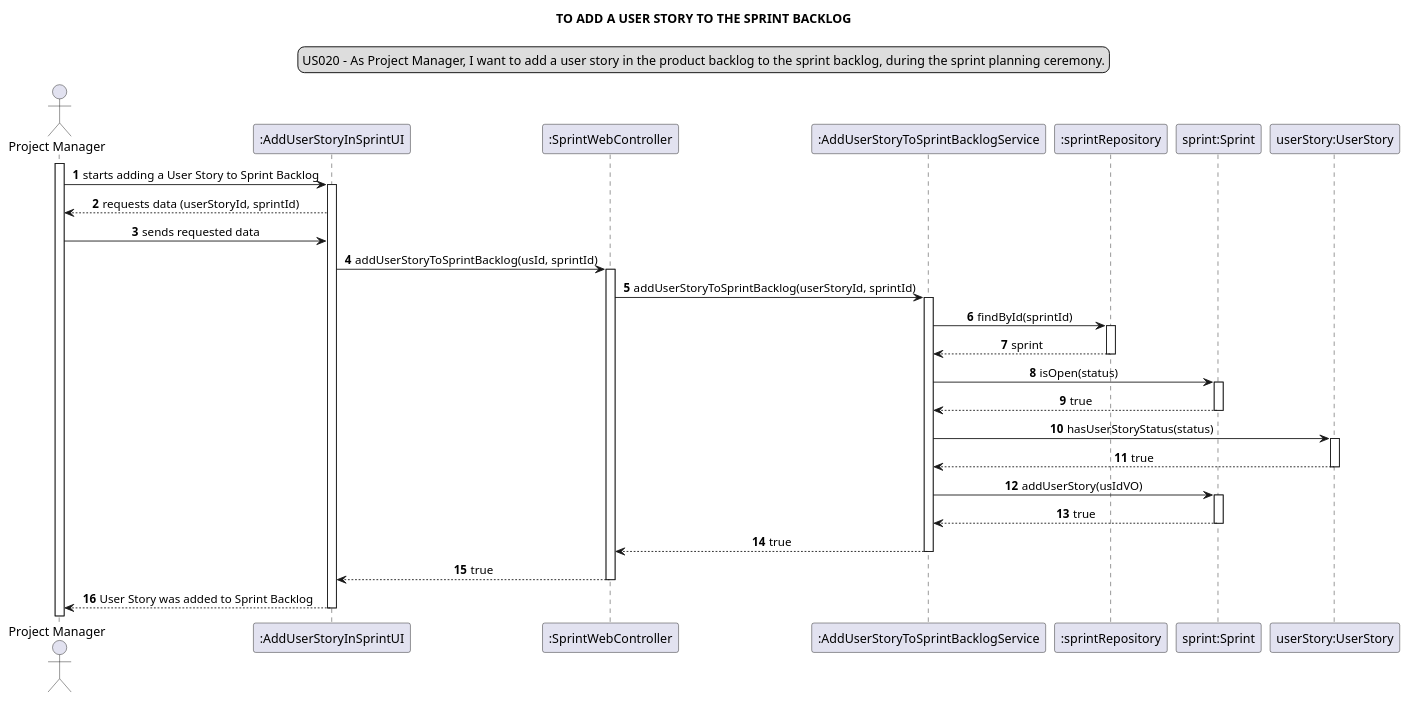
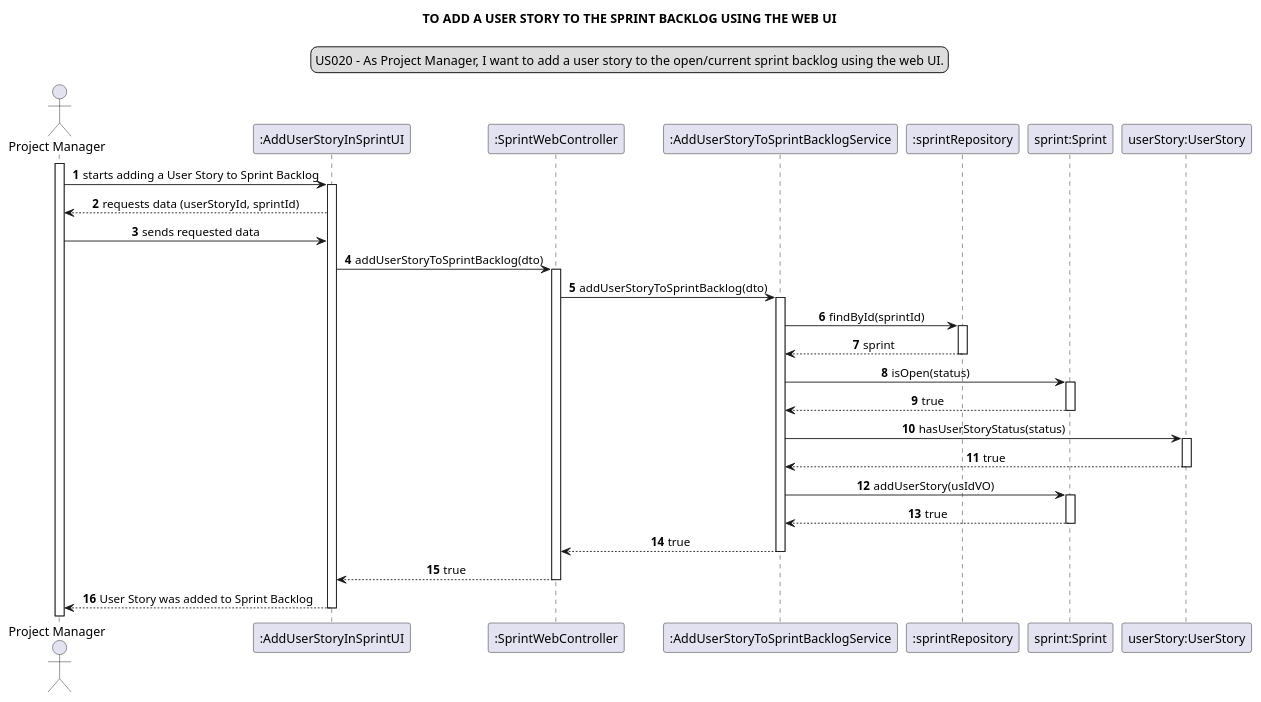
Before and after one commit to Loracline/project_switch_22-23: the diagram in docs/modelling_design/user_stories/sprint03/us020/US20_sequenceDiagram_ddd_sprintBacklog.puml, drawn with PlantUML. The commit also changed 2 other files, not shown here.

Commit message:
US 32:Analysis and Design: Correction of sequence and class diagram, added to general class diagram  addresses #644

```diff
--- a/docs/modelling_design/user_stories/sprint03/us020/US20_sequenceDiagram_ddd_sprintBacklog.puml
+++ b/docs/modelling_design/user_stories/sprint03/us020/US20_sequenceDiagram_ddd_sprintBacklog.puml
@@ -1,50 +1,50 @@
 @startuml
 skinparam sequenceMessageAlign center
-title TO ADD A USER STORY TO THE SPRINT BACKLOG
+title TO ADD A USER STORY TO THE SPRINT BACKLOG USING THE WEB UI
 legend top
-US020 - As Project Manager, I want to add a user story in the product backlog to the sprint backlog, during the sprint planning ceremony.
+US020 - As Project Manager, I want to add a user story to the open/current sprint backlog using the web UI.
 end legend
 autonumber
 actor "Project Manager"
 participant ":AddUserStoryInSprintUI" as ui
 participant ":SprintWebController" as ct
 participant ":AddUserStoryToSprintBacklogService" as serv
 participant ":sprintRepository" as sprintRep
 participant "sprint:Sprint" as s
 participant "userStory:UserStory" as us
 
 activate "Project Manager"
 
 "Project Manager"-> ui: starts adding a User Story to Sprint Backlog
 activate ui
 ui --> "Project Manager": requests data (userStoryId, sprintId)
 "Project Manager" -> ui: sends requested data
-ui -> ct: addUserStoryToSprintBacklog(usId, sprintId)
+ui -> ct: addUserStoryToSprintBacklog(dto)
 activate ct
-ct -> serv: addUserStoryToSprintBacklog(userStoryId, sprintId)
+ct -> serv: addUserStoryToSprintBacklog(dto)
 activate serv
 serv -> sprintRep: findById(sprintId)
 activate sprintRep
 sprintRep --> serv: sprint
 deactivate sprintRep
 serv -> s: isOpen(status)
 activate s
 s --> serv: true
 deactivate s
 
 serv -> us: hasUserStoryStatus(status)
 activate us
 us --> serv: true
 deactivate us
 serv -> s : addUserStory(usIdVO)
 activate s
 s --> serv: true
 deactivate s
 
 serv --> ct : true
 deactivate serv
 ct --> ui : true
 deactivate ct
 ui --> "Project Manager": User Story was added to Sprint Backlog
 deactivate ui
 @enduml
```
